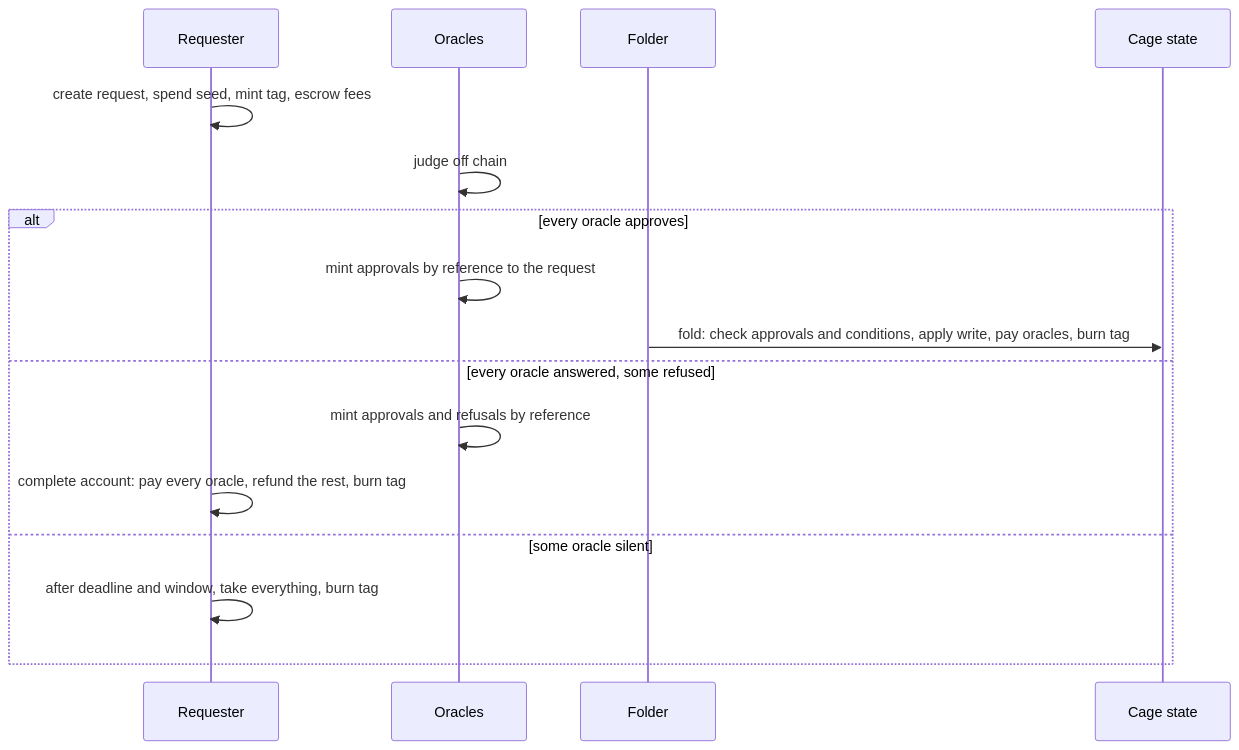
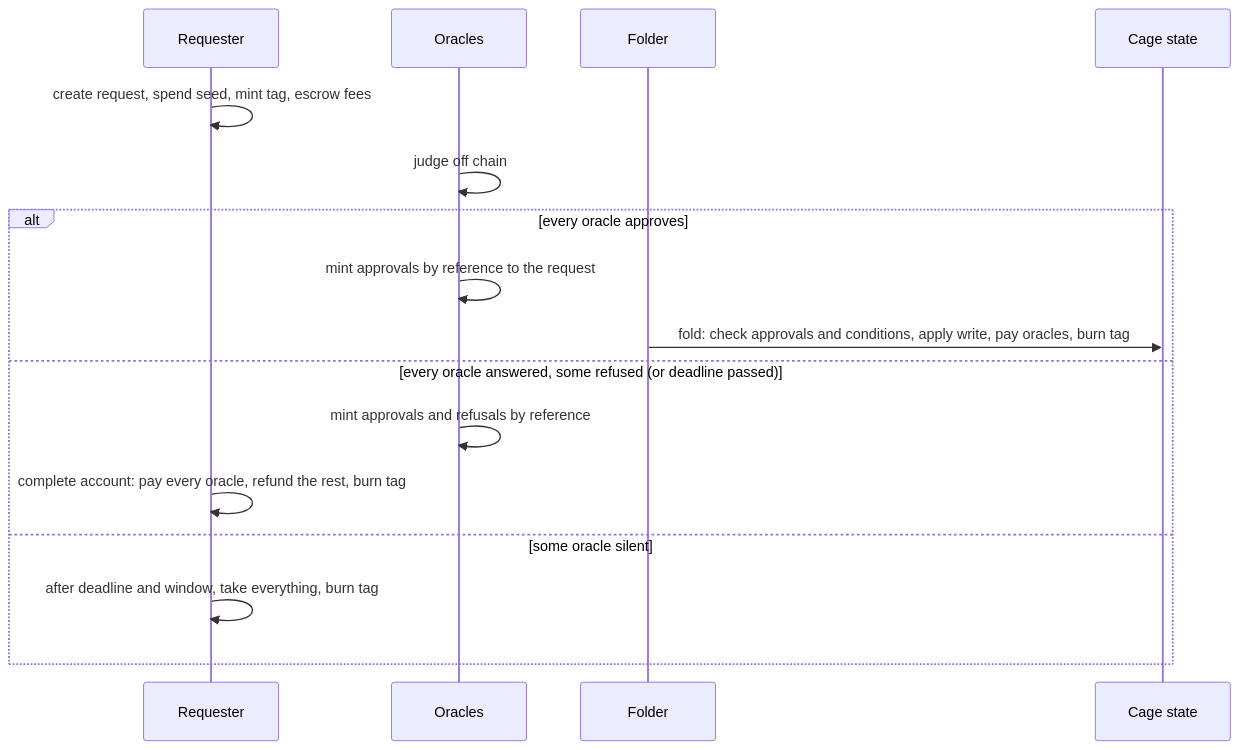
The diagram in specs/request-approval-fold/decisions.md (cardano-foundation/cardano-mpfs-onchain), drawn with Mermaid before and after one commit. The commit also changed other lines of this file, not shown here.

Commit message:
docs(specs): settlement needs a refusal before the deadline; equivocation accepted

````diff
--- a/specs/request-approval-fold/decisions.md
+++ b/specs/request-approval-fold/decisions.md
@@ -164,18 +176,18 @@
 ```mermaid
 sequenceDiagram
   participant R as Requester
   participant O as Oracles
   participant F as Folder
   participant C as Cage state
   R->>R: create request, spend seed, mint tag, escrow fees
   O->>O: judge off chain
   alt every oracle approves
     O->>O: mint approvals by reference to the request
     F->>C: fold: check approvals and conditions, apply write, pay oracles, burn tag
-  else every oracle answered, some refused
+  else every oracle answered, some refused (or deadline passed)
     O->>O: mint approvals and refusals by reference
     R->>R: complete account: pay every oracle, refund the rest, burn tag
   else some oracle silent
     R->>R: after deadline and window, take everything, burn tag
   end
 ```
````
